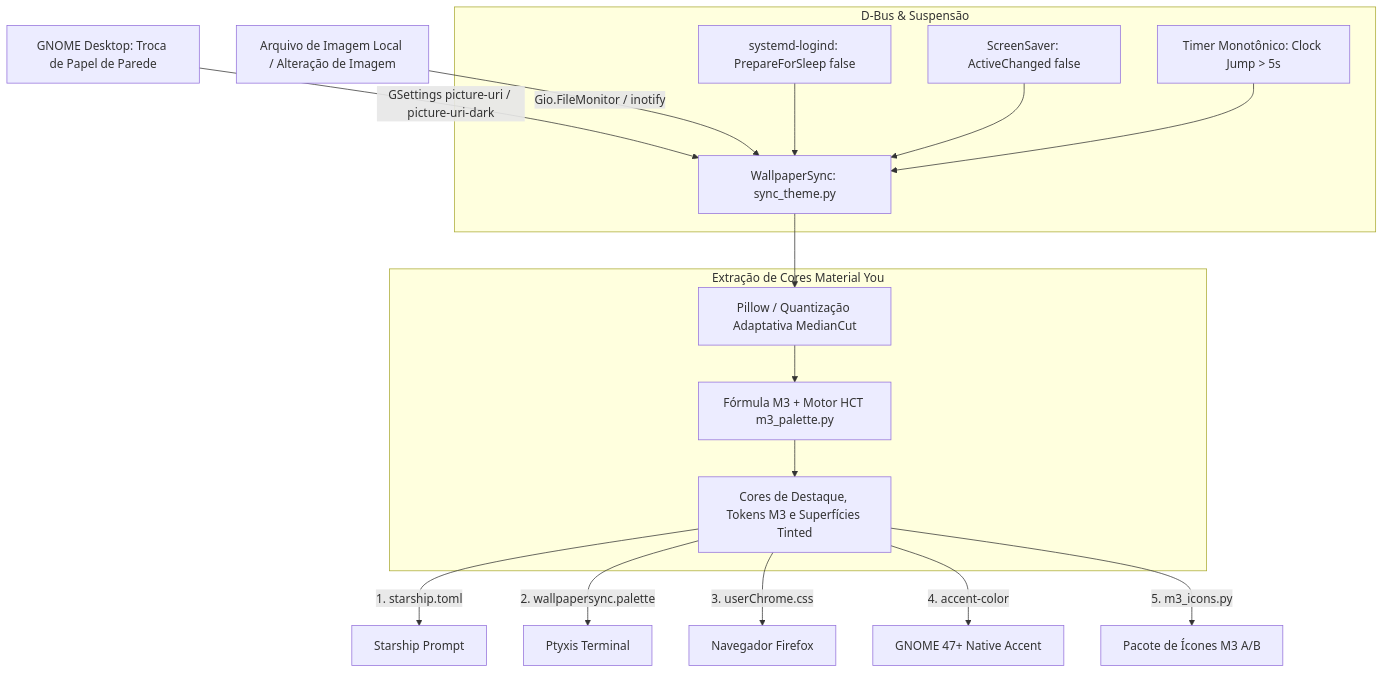
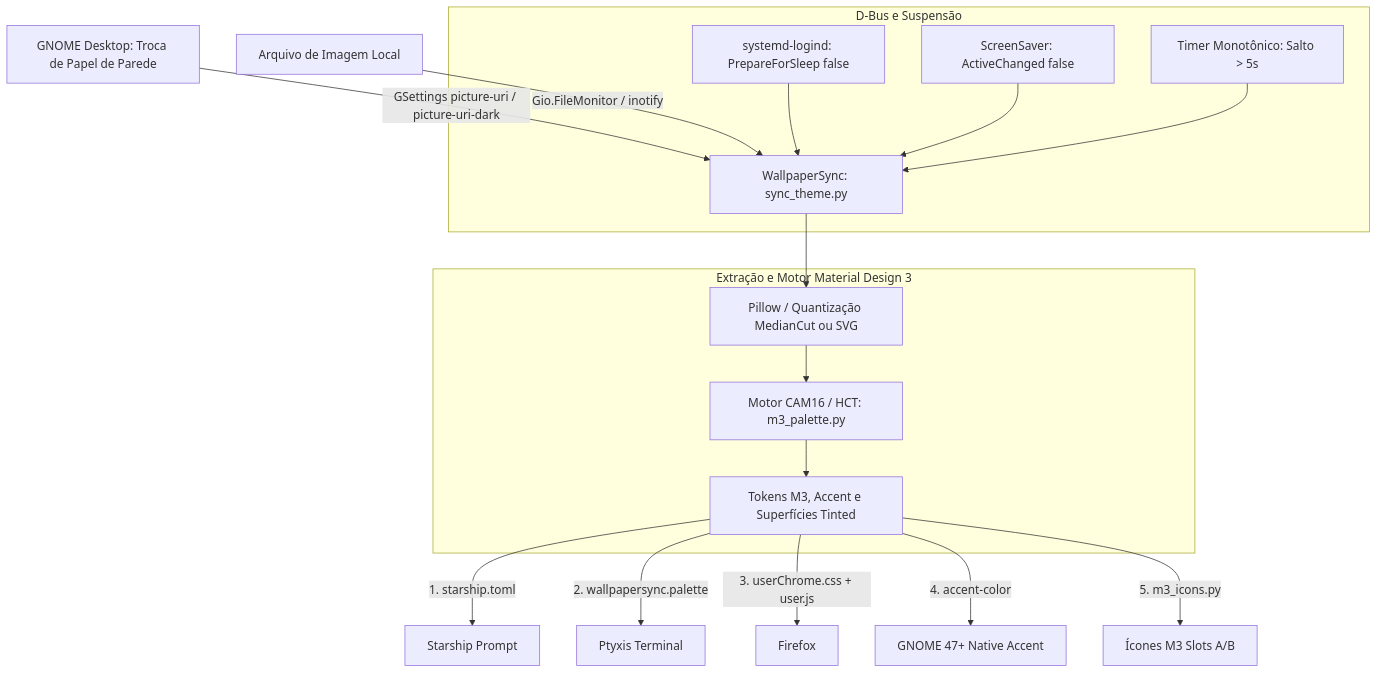
The diagram in README.md (PedroMachado1/WallpaperSync), drawn with Mermaid before and after one commit. The commit also changed other lines of this file, not shown here.

````diff
--- a/README.md
+++ b/README.md
@@ -24,23 +26,23 @@
 ```mermaid
 flowchart TD
     A[GNOME Desktop: Troca de Papel de Parede] -->|GSettings picture-uri / picture-uri-dark| D[WallpaperSync: sync_theme.py]
-    A2[Arquivo de Imagem Local / Alteração de Imagem] -->|Gio.FileMonitor / inotify| D
-    
-    subgraph D-Bus & Suspensão
+    A2[Arquivo de Imagem Local] -->|Gio.FileMonitor / inotify| D
+
+    subgraph D-Bus e Suspensão
         S1[systemd-logind: PrepareForSleep false] --> D
         S2[ScreenSaver: ActiveChanged false] --> D
-        S3[Timer Monotônico: Clock Jump > 5s] --> D
+        S3[Timer Monotônico: Salto > 5s] --> D
     end
 
-    subgraph Extração de Cores Material You
-        D --> E1[Pillow / Quantização Adaptativa MedianCut]
-        E1 --> E2[Fórmula M3 + Motor HCT m3_palette.py]
-        E2 --> E3[Cores de Destaque, Tokens M3 e Superfícies Tinted]
+    subgraph Extração e Motor Material Design 3
+        D --> E1[Pillow / Quantização MedianCut ou SVG]
+        E1 --> E2[Motor CAM16 / HCT: m3_palette.py]
+        E2 --> E3[Tokens M3, Accent e Superfícies Tinted]
     end
 
-    E3 -->|1. starship.toml| F2[Starship Prompt]
-    E3 -->|2. wallpapersync.palette| F3[Ptyxis Terminal]
-    E3 -->|3. userChrome.css| F4[Navegador Firefox]
-    E3 -->|4. accent-color| F5[GNOME 47+ Native Accent]
-    E3 -->|5. m3_icons.py| F6[Pacote de Ícones M3 A/B]
+    E3 -->|1. starship.toml| F1[Starship Prompt]
+    E3 -->|2. wallpapersync.palette| F2[Ptyxis Terminal]
+    E3 -->|3. userChrome.css + user.js| F3[Firefox]
+    E3 -->|4. accent-color| F4[GNOME 47+ Native Accent]
+    E3 -->|5. m3_icons.py| F5[Ícones M3 Slots A/B]
 ```
````
